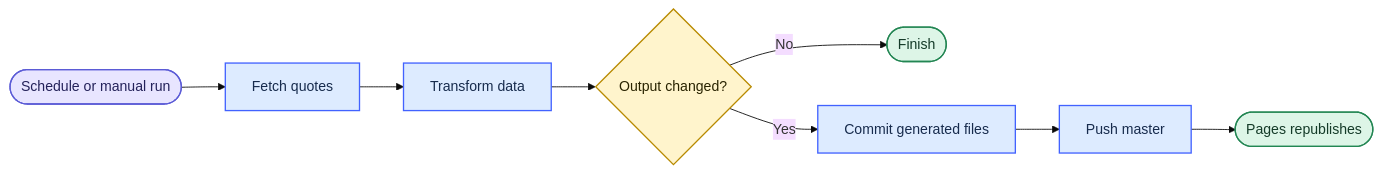
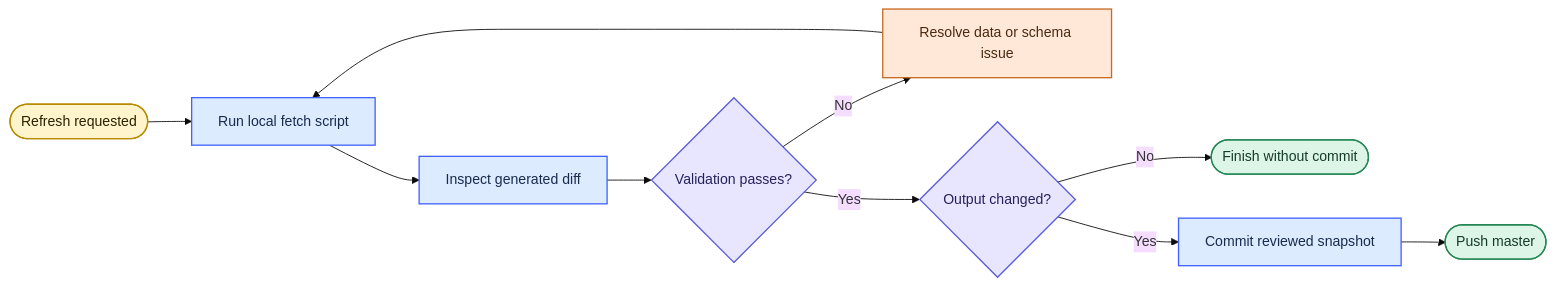
One commit to thangldw/thangldw.github.io changed the second of 2 diagrams in README.md. Above: the diagram before and after it, drawn with Mermaid (base theme). The commit also changed other lines of this file and 14 other files, not shown here.

````diff
--- a/README.md
+++ b/README.md
@@ -101,19 +92,23 @@
 ```mermaid
 flowchart LR
-  A([Schedule or manual run]) --> B[Fetch quotes]
-  B --> C[Transform data]
-  C --> D{Output changed?}
-  D -->|No| E([Finish])
-  D -->|Yes| F[Commit generated files]
-  F --> G[Push master]
-  G --> H([Pages republishes])
+  Start(["Refresh requested"]) --> Fetch["Run local fetch script"]
+  Fetch --> Inspect["Inspect generated diff"]
+  Inspect --> Valid{"Validation passes?"}
+  Valid -->|No| Fix["Resolve data or schema issue"]
+  Fix --> Fetch
+  Valid -->|Yes| Changed{"Output changed?"}
+  Changed -->|No| Stop(["Finish without commit"])
+  Changed -->|Yes| Commit["Commit reviewed snapshot"]
+  Commit --> Publish(["Push master"])
 
-  classDef trigger fill:#E8E5FF,stroke:#5B5BD6,color:#24225A,stroke-width:1.5px;
-  classDef action fill:#DDEBFF,stroke:#4262FF,color:#172B4D,stroke-width:1.5px;
-  classDef decision fill:#FFF4CC,stroke:#B88A00,color:#292300,stroke-width:1.5px;
+  classDef start fill:#FFF4CC,stroke:#B88A00,color:#292300,stroke-width:1.5px;
+  classDef process fill:#DDEBFF,stroke:#4262FF,color:#172B4D,stroke-width:1.5px;
+  classDef decision fill:#E8E5FF,stroke:#5B5BD6,color:#24225A,stroke-width:1.5px;
+  classDef correction fill:#FFE8D7,stroke:#C96A21,color:#4A2A12,stroke-width:1.5px;
   classDef finish fill:#DDF5E7,stroke:#238653,color:#153B29,stroke-width:1.5px;
-  class A trigger;
-  class B,C,F,G action;
-  class D decision;
-  class E,H finish;
+  class Start start;
+  class Fetch,Inspect,Commit process;
+  class Valid,Changed decision;
+  class Fix correction;
+  class Stop,Publish finish;
 ```
````
